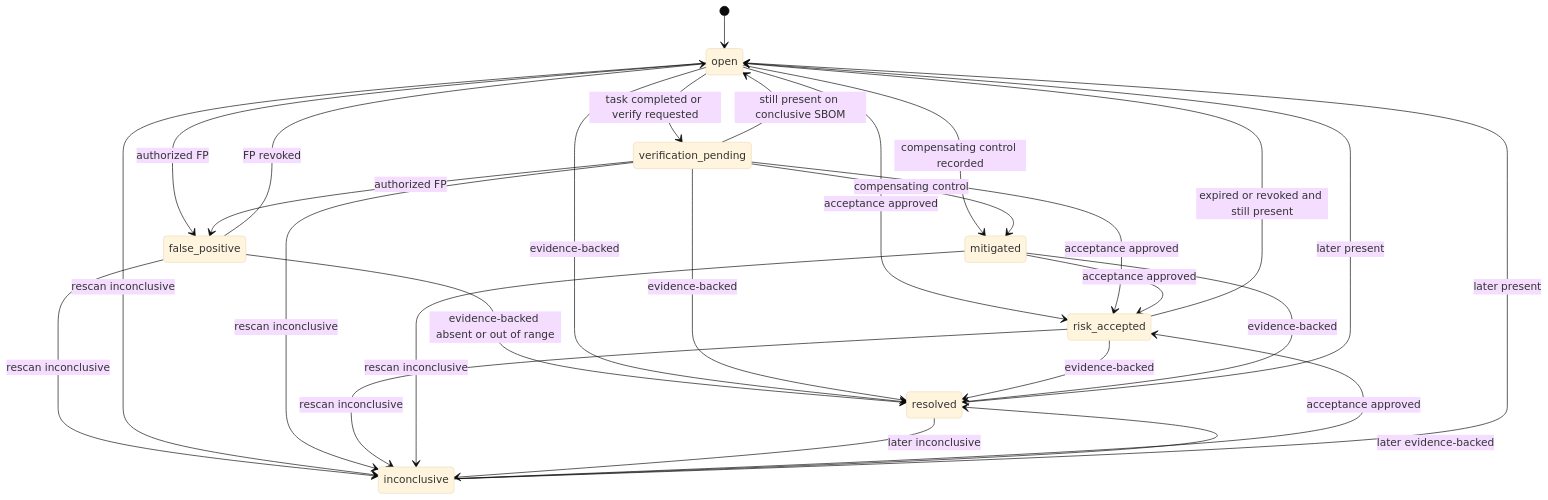
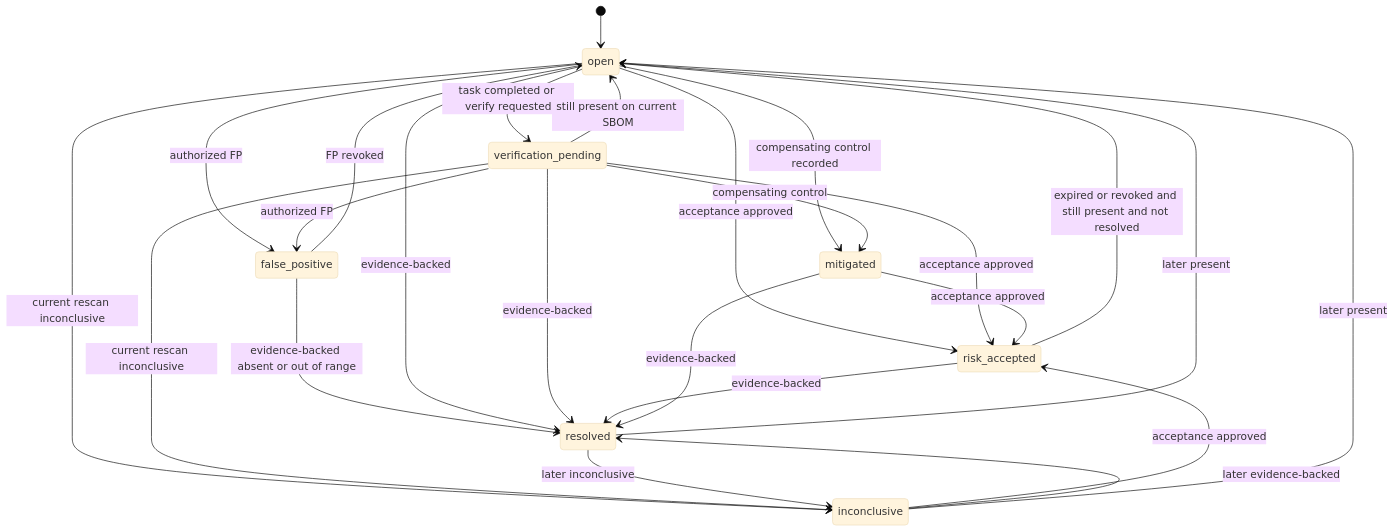
One commit to rudzy123/patchpilot changed the diagram in docs/architecture/finding-lifecycle.md. Above: the diagram before and after it, drawn with Mermaid (base theme). The commit also changed other lines of this file and 26 other files, not shown here.

````diff
--- a/docs/architecture/finding-lifecycle.md
+++ b/docs/architecture/finding-lifecycle.md
@@ -41,30 +45,27 @@
 ```mermaid
 stateDiagram-v2
   [*] --> open
   open --> verification_pending: task completed or verify requested
-  verification_pending --> open: still present on conclusive SBOM
+  verification_pending --> open: still present on current SBOM
   open --> risk_accepted: acceptance approved
   verification_pending --> risk_accepted: acceptance approved
   mitigated --> risk_accepted: acceptance approved
-  risk_accepted --> open: expired or revoked and still present
+  risk_accepted --> open: expired or revoked and still present and not resolved
   open --> mitigated: compensating control recorded
   open --> false_positive: authorized FP
   verification_pending --> false_positive: authorized FP
   verification_pending --> mitigated: compensating control
   inconclusive --> risk_accepted: acceptance approved
   false_positive --> resolved: evidence-backed absent or out of range
-  false_positive --> inconclusive: rescan inconclusive
   false_positive --> open: FP revoked
   open --> resolved: evidence-backed
   verification_pending --> resolved: evidence-backed
   risk_accepted --> resolved: evidence-backed
   mitigated --> resolved: evidence-backed
   inconclusive --> resolved: later evidence-backed
-  open --> inconclusive: rescan inconclusive
-  verification_pending --> inconclusive: rescan inconclusive
-  risk_accepted --> inconclusive: rescan inconclusive
-  mitigated --> inconclusive: rescan inconclusive
+  open --> inconclusive: current rescan inconclusive
+  verification_pending --> inconclusive: current rescan inconclusive
   resolved --> open: later present
   resolved --> inconclusive: later inconclusive
   inconclusive --> open: later present
 ```
````
